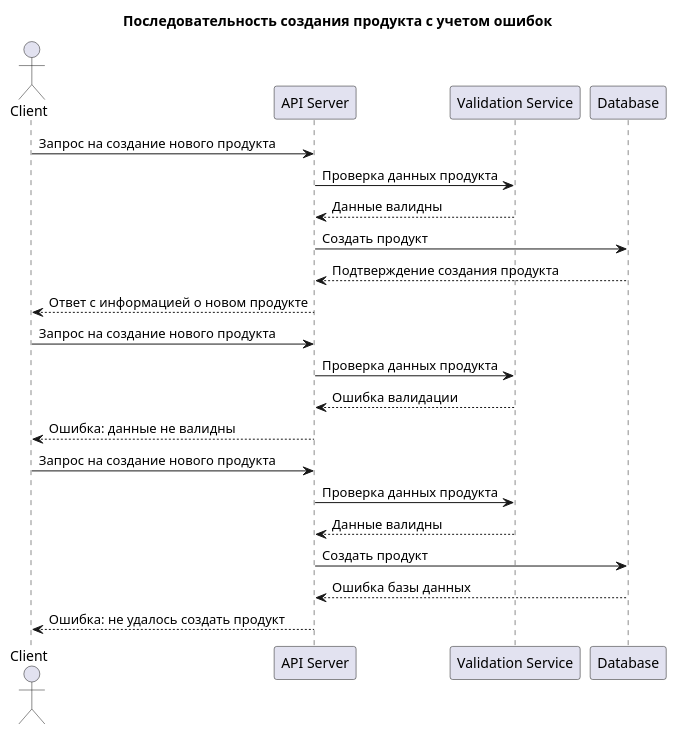
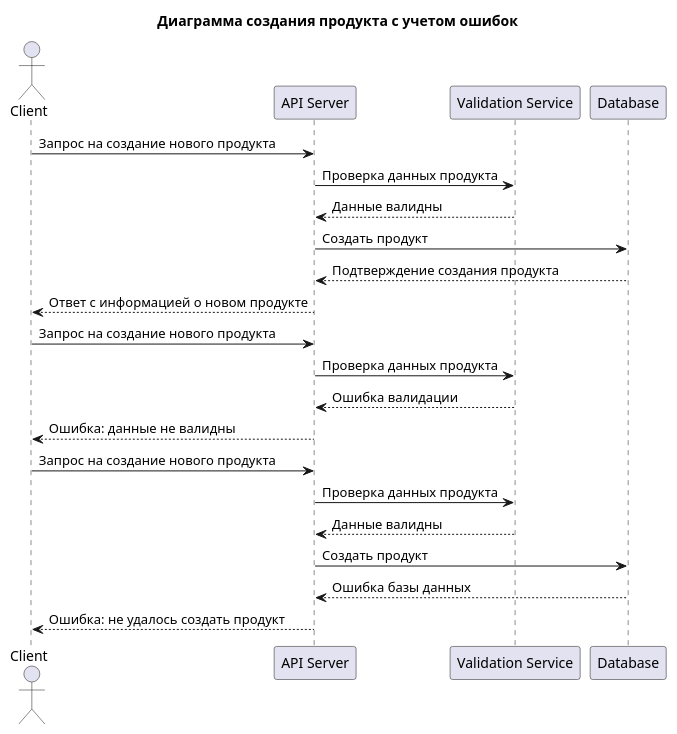
The diagram in add_product.puml (deadmorgan314/plantUML), drawn with PlantUML before and after one commit.

```diff
--- a/add_product.puml
+++ b/add_product.puml
@@ -1,23 +1,23 @@
 @startuml
-title Последовательность создания продукта с учетом ошибок
+title Диаграмма создания продукта с учетом ошибок
 actor Client
 participant "API Server" as APIServer
 participant "Validation Service" as Validation
 participant "Database" as DB
 Client -> APIServer : Запрос на создание нового продукта
 APIServer -> Validation : Проверка данных продукта
 Validation --> APIServer : Данные валидны
 APIServer -> DB : Создать продукт
 DB --> APIServer : Подтверждение создания продукта
 APIServer --> Client : Ответ с информацией о новом продукте
 Client -> APIServer : Запрос на создание нового продукта
 APIServer -> Validation : Проверка данных продукта
 Validation --> APIServer : Ошибка валидации
 APIServer --> Client : Ошибка: данные не валидны
 Client -> APIServer : Запрос на создание нового продукта
 APIServer -> Validation : Проверка данных продукта
 Validation --> APIServer : Данные валидны
 APIServer -> DB : Создать продукт
 DB --> APIServer : Ошибка базы данных
 APIServer --> Client : Ошибка: не удалось создать продукт
 @enduml
```
